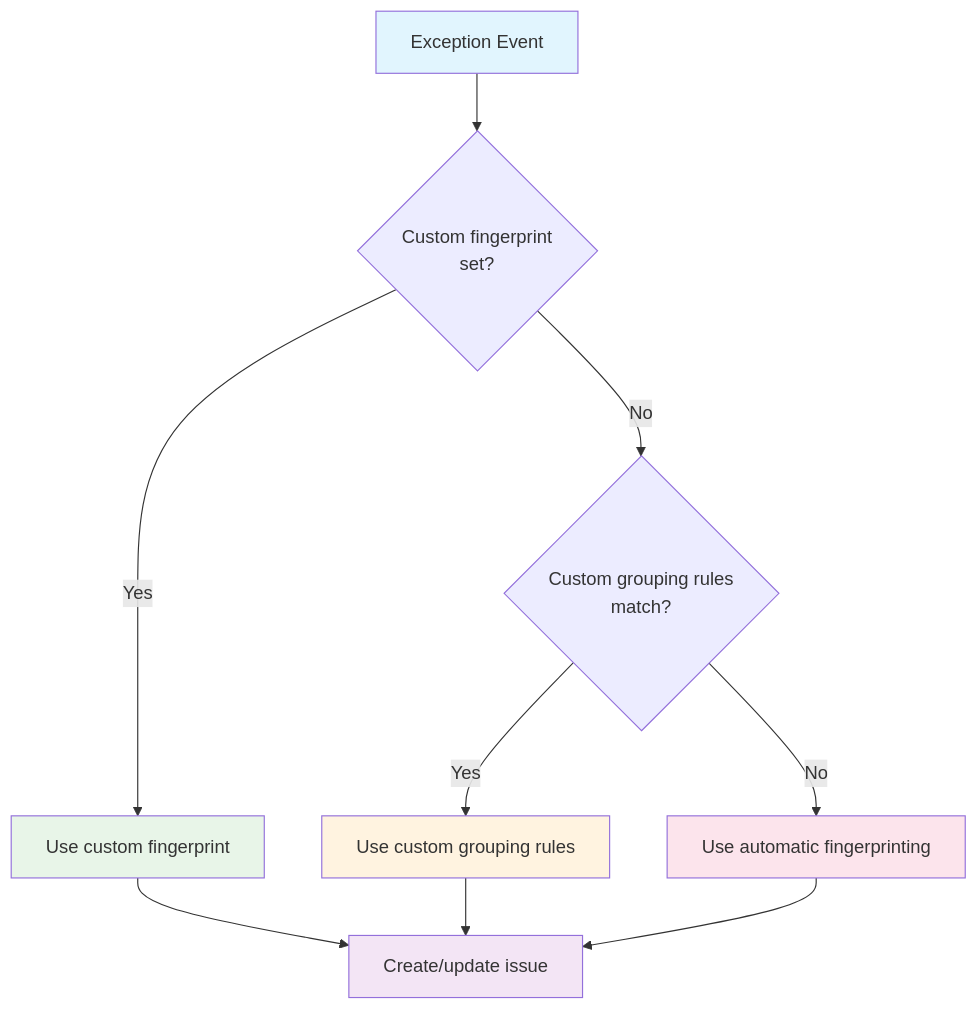
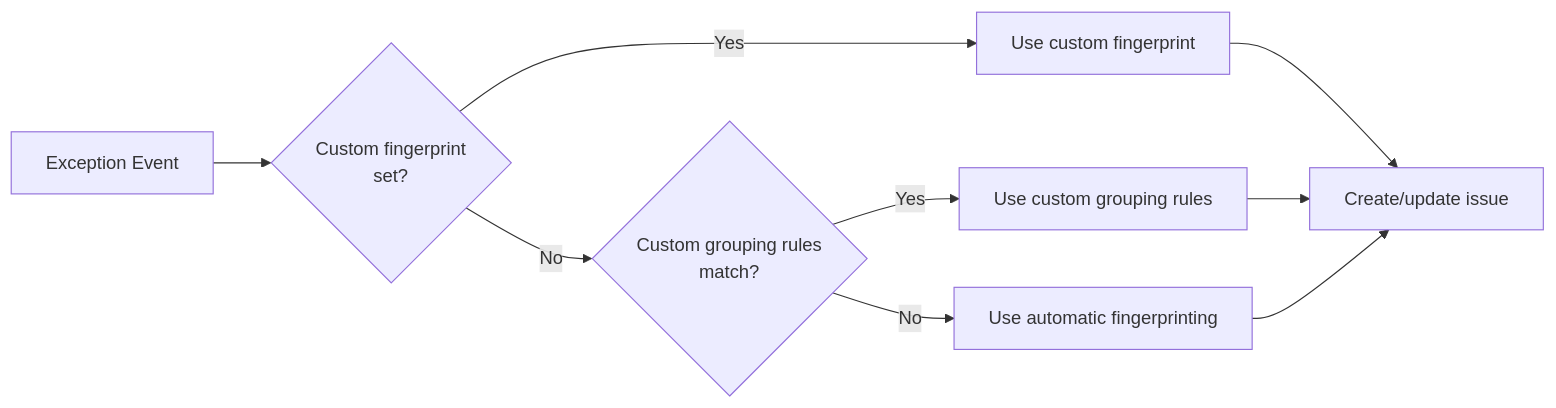
Before and after one commit to PostHog/posthog.com: the second of 2 diagrams in contents/docs/error-tracking/issues-and-exceptions.mdx, drawn with Mermaid. The commit also changed 1 other file, not shown here.

Commit message:
Use left right mermaid chart, default layout

````diff
--- a/contents/docs/error-tracking/issues-and-exceptions.mdx
+++ b/contents/docs/error-tracking/issues-and-exceptions.mdx
@@ -94,18 +94,12 @@
 ```mermaid
-flowchart TD
+flowchart LR
     A[Exception Event] --> B{Custom fingerprint<br/>set?}
     B -->|Yes| C[Use custom fingerprint]
     B -->|No| D{Custom grouping rules<br/>match?}
     D -->|Yes| E[Use custom grouping rules]
     D -->|No| F[Use automatic fingerprinting]
     
     C --> G[Create/update issue]
     E --> G
     F --> G
-    
-    style A fill:#e1f5fe
-    style C fill:#e8f5e8
-    style E fill:#fff3e0
-    style F fill:#fce4ec
-    style G fill:#f3e5f5
 ```
````
